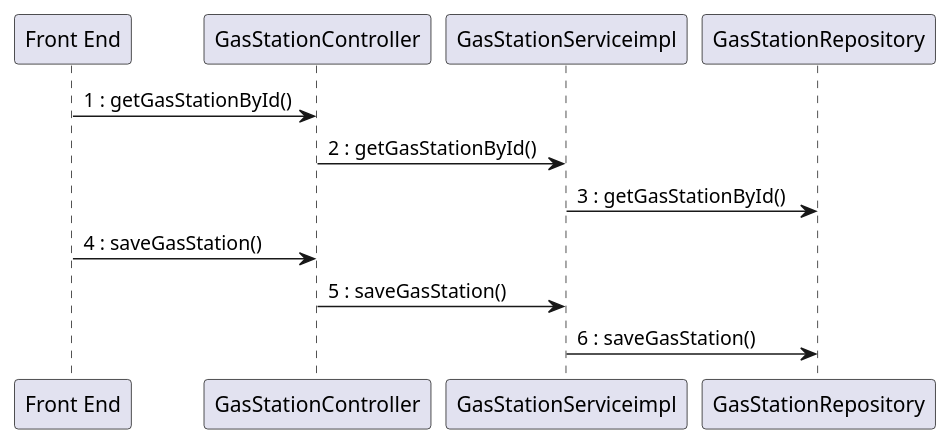
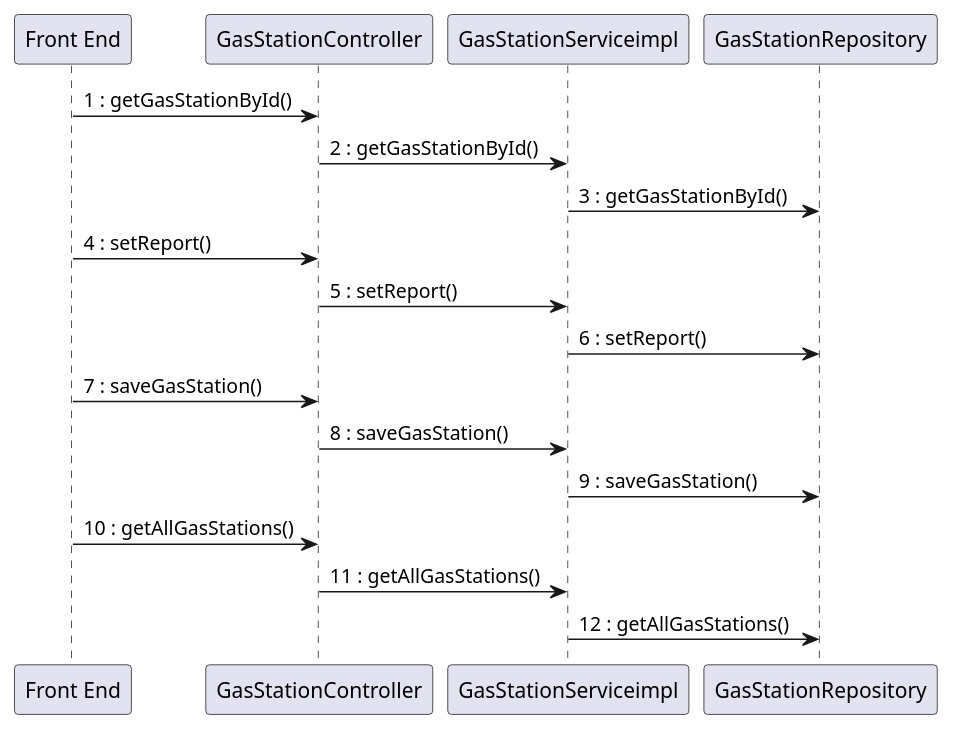
One commit to mosTavassoli/ezgas changed diagram 11 of 15 in docs/DesignDocument.md. Above: the diagram before and after it, drawn with PlantUML.

Commit message:
docs(DesignDocument): fix sequence diagram for use case 7

````diff
--- a/docs/DesignDocument.md
+++ b/docs/DesignDocument.md
@@ -410,16 +410,25 @@
 ```plantuml
 "Front End" -> GasStationController:1 : getGasStationById()
 
 GasStationController -> GasStationServiceimpl:2 : getGasStationById()
 
 GasStationServiceimpl -> GasStationRepository:3 : getGasStationById()
 
+"Front End" -> GasStationController:4 : setReport()
 
-"Front End" -> GasStationController:4 : saveGasStation()
+GasStationController -> GasStationServiceimpl:5 : setReport()
 
-GasStationController -> GasStationServiceimpl:5 : saveGasStation()
+GasStationServiceimpl -> GasStationRepository:6 : setReport()
 
-GasStationServiceimpl -> GasStationRepository:6 : saveGasStation()
+"Front End" -> GasStationController:7 : saveGasStation()
 
+GasStationController -> GasStationServiceimpl:8 : saveGasStation()
 
+GasStationServiceimpl -> GasStationRepository:9 : saveGasStation()
+
+"Front End" -> GasStationController :10 : getAllGasStations()
+
+GasStationController -> GasStationServiceimpl :11 : getAllGasStations()
+
+GasStationServiceimpl -> GasStationRepository :12 : getAllGasStations()
 ```
````
